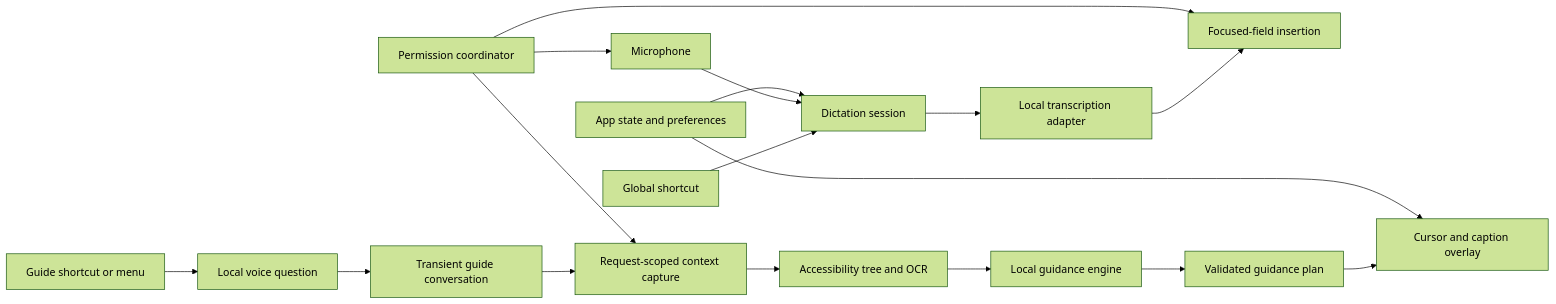
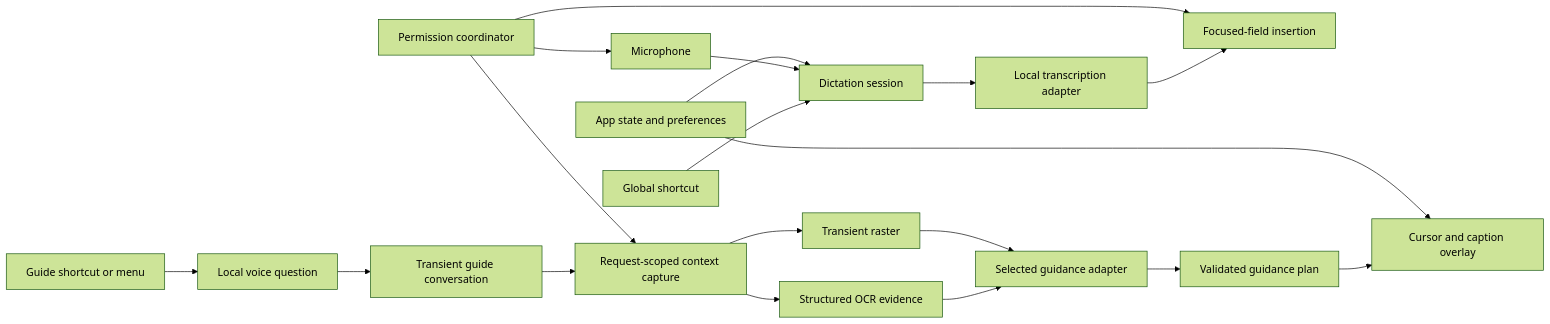
The diagram in ARCHITECTURE.md (serpcompany/serpy-clicky-mac-app), drawn with Mermaid (forest theme) before and after one commit. The commit also changed other lines of this file and 22 other files, not shown here.

````diff
--- a/ARCHITECTURE.md
+++ b/ARCHITECTURE.md
@@ -15,21 +15,23 @@
 ```mermaid
 flowchart LR
     H["Global shortcut"] --> D["Dictation session"]
     M["Microphone"] --> D
     D --> STT["Local transcription adapter"]
     STT --> I["Focused-field insertion"]
 
     G["Guide shortcut or menu"] --> V["Local voice question"]
     V --> T["Transient guide conversation"]
     T --> C["Request-scoped context capture"]
-    C --> X["Accessibility tree and OCR"]
-    X --> A["Local guidance engine"]
+    C --> X["Structured OCR evidence"]
+    X --> A["Selected guidance adapter"]
+    C --> R["Transient raster"]
+    R --> A
     A --> P["Validated guidance plan"]
     P --> O["Cursor and caption overlay"]
 
     PM["Permission coordinator"] --> M
     PM --> I
     PM --> C
     S["App state and preferences"] --> D
     S --> O
 ```
````
